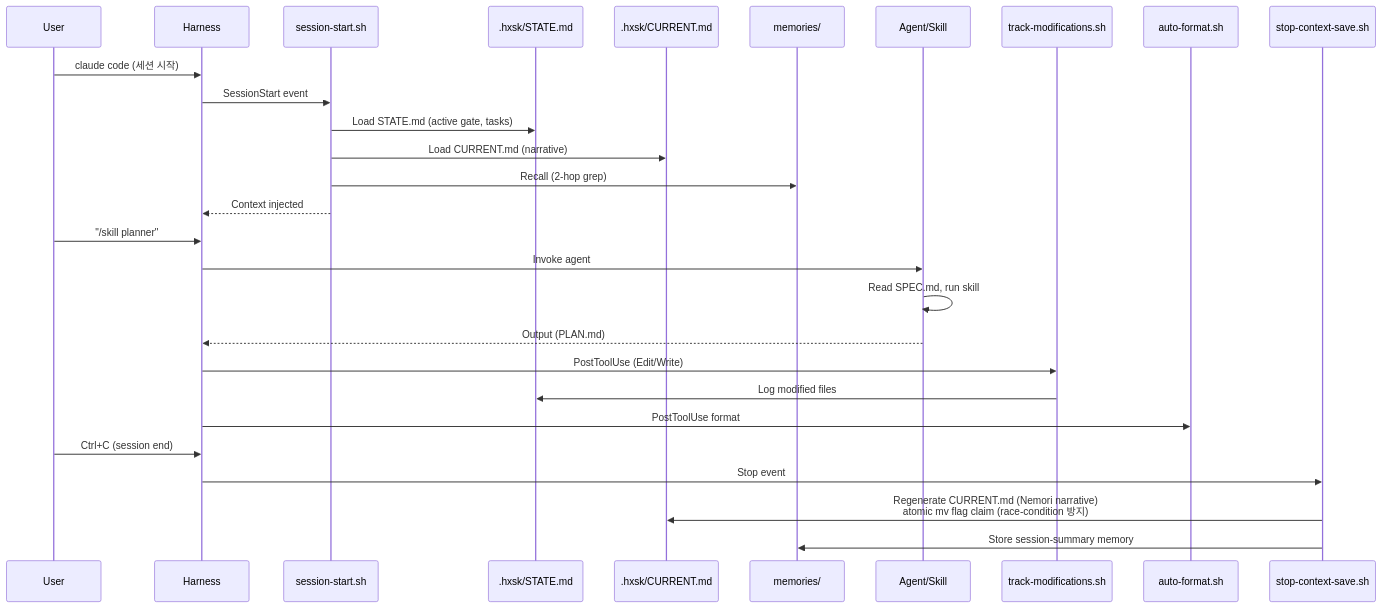
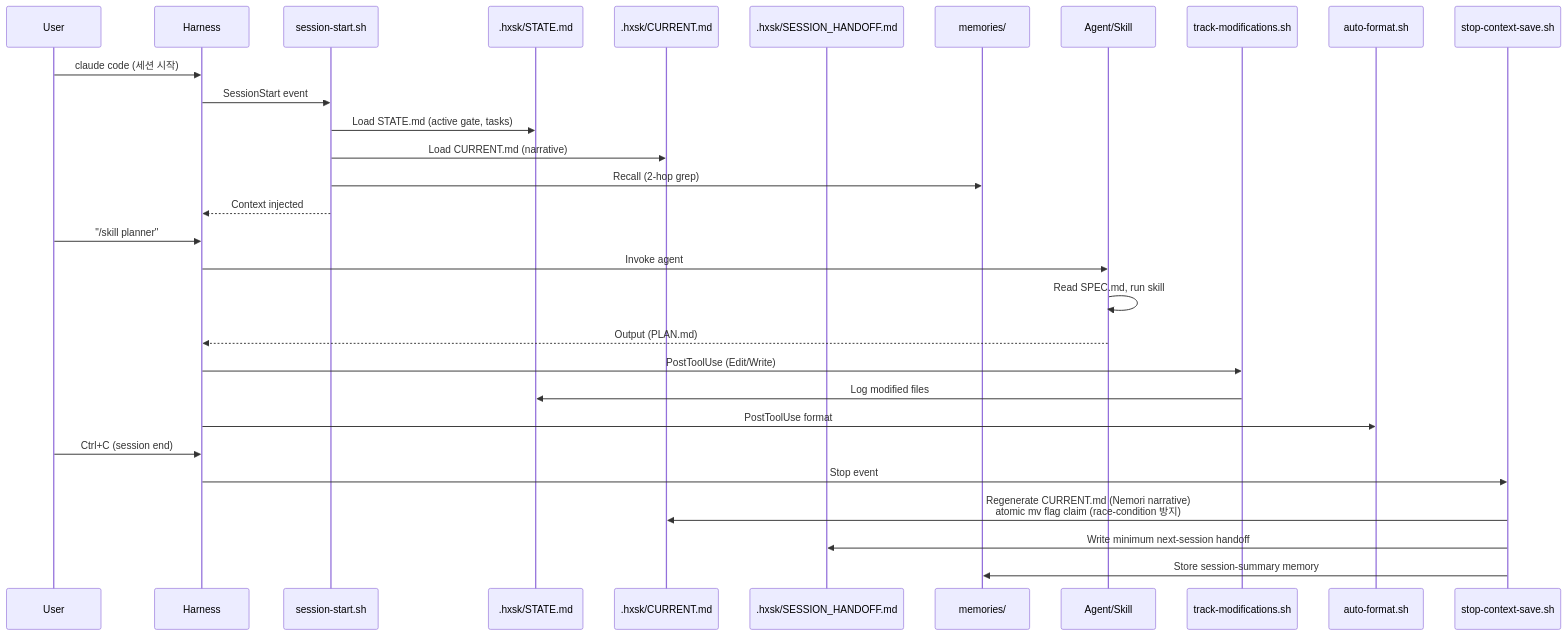
One commit to SukbeomH/HExoskeleton changed the third of 10 diagrams in docs/system-architecture.md. Above: the diagram before and after it, drawn with Mermaid. The commit also changed other lines of this file and 28 other files, not shown here.

````diff
--- a/docs/system-architecture.md
+++ b/docs/system-architecture.md
@@ -99,34 +99,36 @@
 ```mermaid
 sequenceDiagram
     participant U as User
     participant H as Harness
     participant SS as session-start.sh
     participant S as .hxsk/STATE.md
     participant C as .hxsk/CURRENT.md
+    participant Handoff as .hxsk/SESSION_HANDOFF.md
     participant M as memories/
     participant A as Agent/Skill
     participant Mod as track-modifications.sh
     participant AF as auto-format.sh
     participant Stop as stop-context-save.sh
 
     U->>H: claude code (세션 시작)
     H->>SS: SessionStart event
     SS->>S: Load STATE.md (active gate, tasks)
     SS->>C: Load CURRENT.md (narrative)
     SS->>M: Recall (2-hop grep)
     SS-->>H: Context injected
 
     U->>H: "/skill planner"
     H->>A: Invoke agent
     A->>A: Read SPEC.md, run skill
     A-->>H: Output (PLAN.md)
 
     H->>Mod: PostToolUse (Edit/Write)
     Mod->>S: Log modified files
     H->>AF: PostToolUse format
 
     U->>H: Ctrl+C (session end)
     H->>Stop: Stop event
     Stop->>C: Regenerate CURRENT.md (Nemori narrative)<br/>atomic mv flag claim (race-condition 방지)
+    Stop->>Handoff: Write minimum next-session handoff
     Stop->>M: Store session-summary memory
 ```
````
